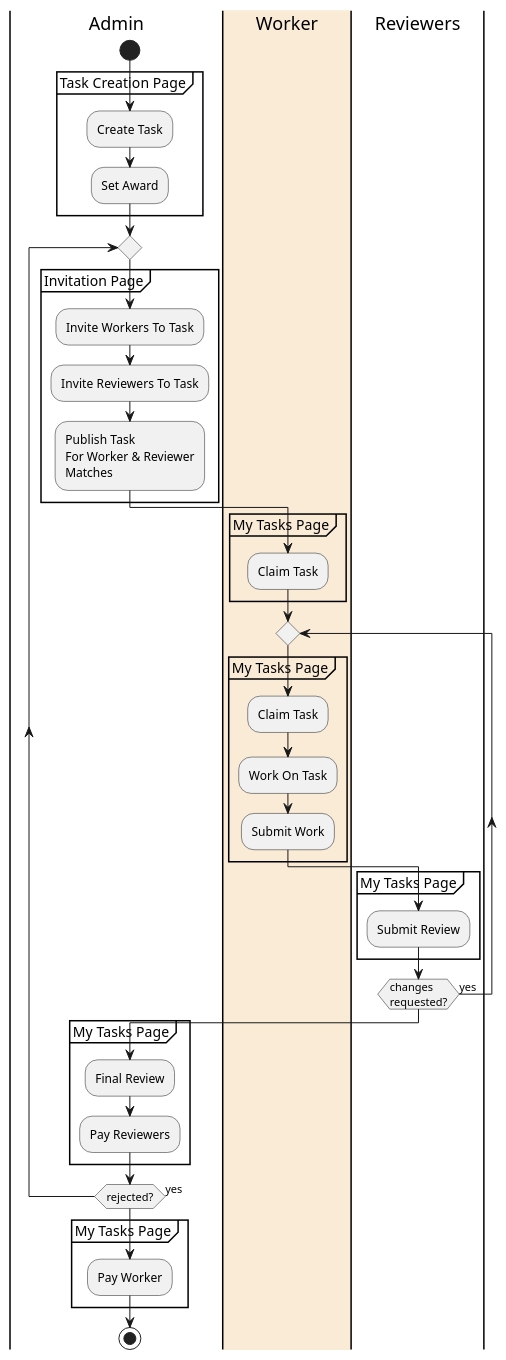
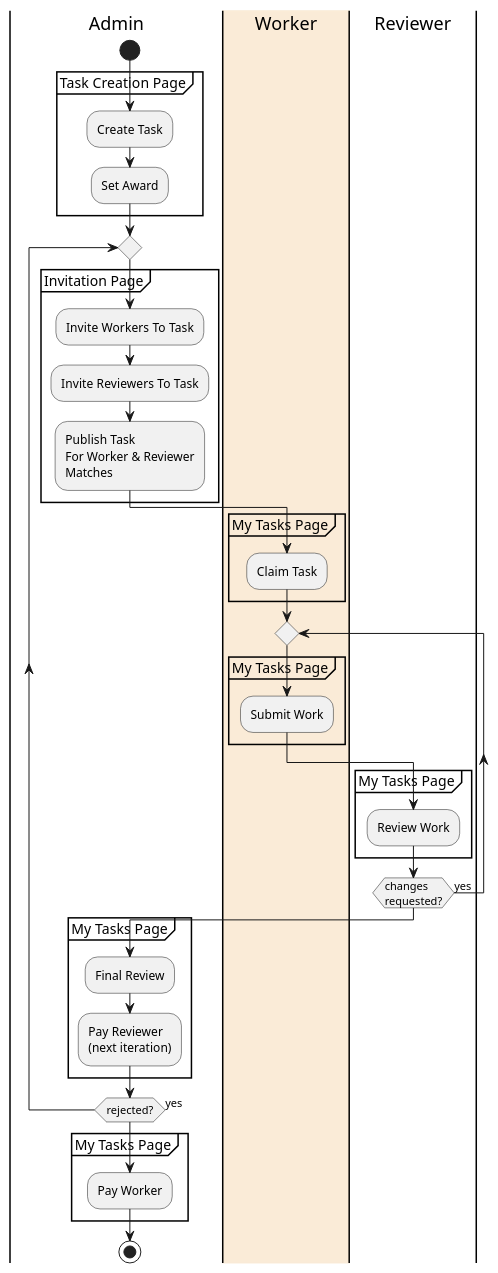
One commit to CoMakery/comakery-app changed the second of 2 diagrams in doc/task-flow.md. Above: the diagram before and after it, drawn with PlantUML. The commit also changed other lines of this file and 2 other files, not shown here.

Commit message:
update task diagrams

````diff
--- a/doc/task-flow.md
+++ b/doc/task-flow.md
@@ -1,48 +27,45 @@
 ```plantuml
 @startuml task-activity
 |Admin|
 start
 partition "Task Creation Page" {
     :Create Task;
     :Set Award;
 }
 
 repeat
 partition "Invitation Page" {
     :Invite Workers To Task;
     :Invite Reviewers To Task;
     :Publish Task\nFor Worker & Reviewer\nMatches;
 }
 partition "My Tasks Page" {
     |#AntiqueWhite|Worker|
     |Worker|
     :Claim Task;
 }
     repeat
     partition "My Tasks Page" {
         |#AntiqueWhite|Worker|
         |Worker|
-        :Claim Task;
-        |Worker|
-        :Work On Task;
         :Submit Work;
     }
     partition "My Tasks Page" {
-        |Reviewers|
-        :Submit Review;
+        |Reviewer|
+        :Review Work;
     }
     repeat while (changes\nrequested?) is (yes)
     partition "My Tasks Page" {
         |Admin|
         :Final Review;
-        :Pay Reviewers;
+        :Pay Reviewer\n(next iteration);
     }
 
 repeat while (rejected?) is (yes)
 partition "My Tasks Page" {
     |Admin|
     :Pay Worker;
 }
 stop
 @enduml
 ```
````
